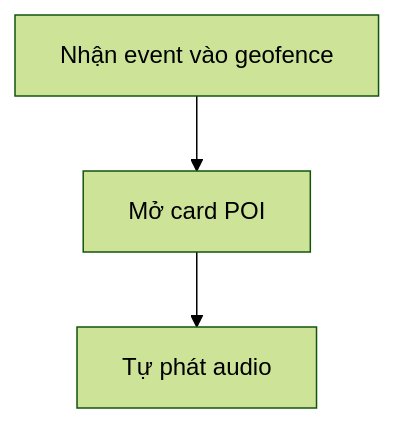
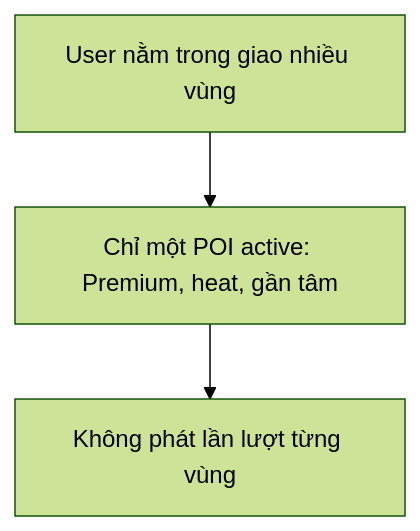
Diagram 35 of 55 in prd.md (NguyenPhuc-Du/StreetFood), drawn with Mermaid (forest theme) before and after one commit. The commit also changed other lines of this file and 8 other files, not shown here.

````diff
--- a/prd.md
+++ b/prd.md
@@ -1155,5 +1261,5 @@
 ```mermaid
 flowchart TD
-    E0[Nhận event vào geofence] --> E1[Mở card POI]
-    E1 --> E2[Tự phát audio]
+    O0[User nằm trong giao nhiều vùng] --> O1[Chỉ một POI active: Premium, heat, gần tâm]
+    O1 --> O2[Không phát lần lượt từng vùng]
 ```
````
